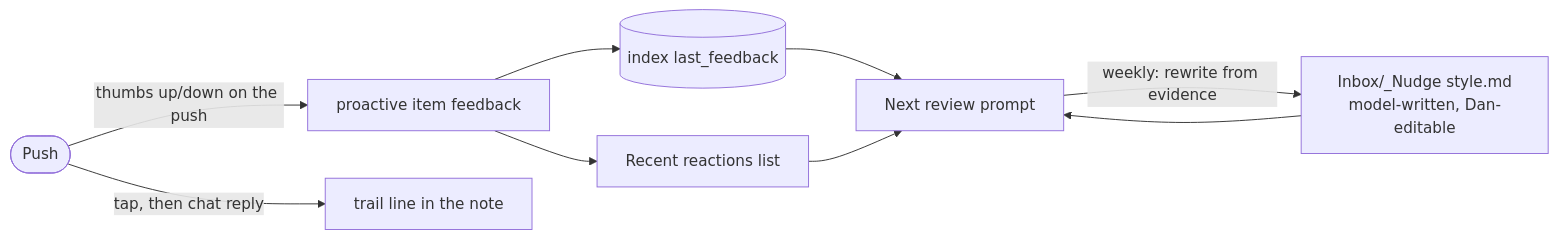
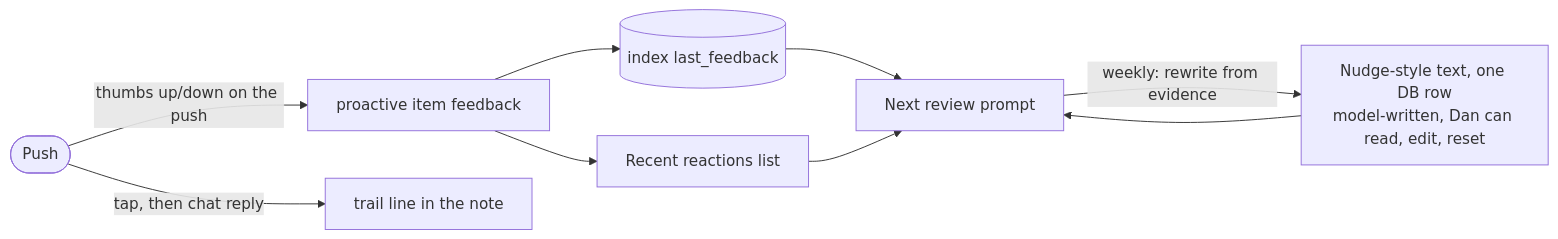
Before and after one commit to DanAakesen/jarvis: the fifth of 6 diagrams in docs/inbox-loop/design.md, drawn with Mermaid. The commit also changed other lines of this file and 2 other files, not shown here.

Commit message:
P15-145: Add tool-agnostic capture stack to the inbox-loop design

````diff
--- a/docs/inbox-loop/design.md
+++ b/docs/inbox-loop/design.md
@@ -191,11 +287,11 @@
 ```mermaid
 flowchart LR
   P([Push]) -->|thumbs up/down on the push| F[proactive item feedback]
   P -->|tap, then chat reply| T[trail line in the note]
   F --> X[(index last_feedback)]
   F --> L[Recent reactions list]
   X --> R
   L --> R[Next review prompt]
-  S["Inbox/_Nudge style.md<br/>model-written, Dan-editable"] --> R
+  S["Nudge-style text, one DB row<br/>model-written, Dan can read, edit, reset"] --> R
   R -->|weekly: rewrite from evidence| S
 ```
````
